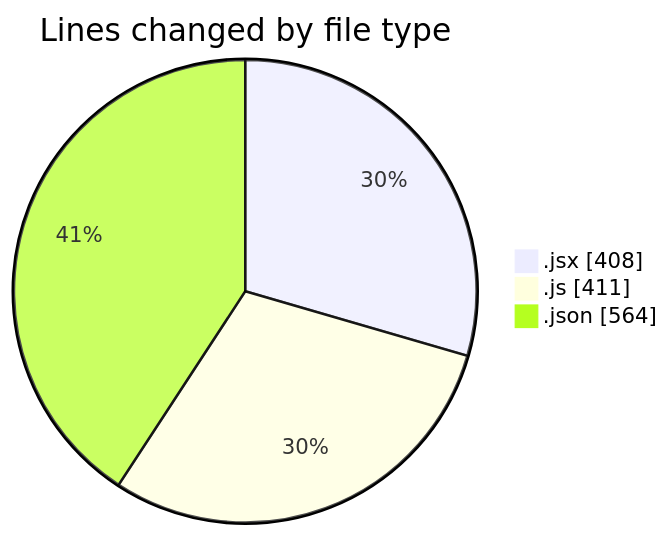
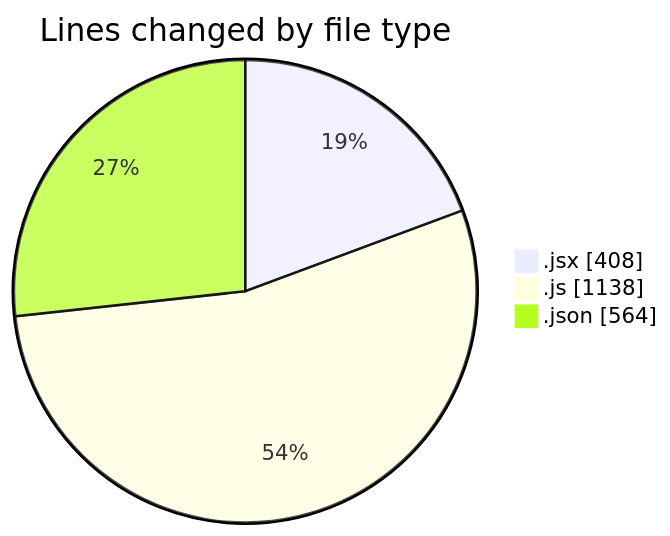
Before and after one commit to nxtqubesakshisongat/code-tracking: the first of 2 diagrams in 2025-06-27/nxtqube_webapp/README.md, drawn with Mermaid. The commit also changed other lines of this file and 1 other file, not shown here.

````diff
--- a/2025-06-27/nxtqube_webapp/README.md
+++ b/2025-06-27/nxtqube_webapp/README.md
@@ -22,7 +26,7 @@
 ```mermaid
 pie showData
 title Lines changed by file type
 ".jsx" : 408
-".js" : 411
+".js" : 1138
 ".json" : 564
 ```
````
